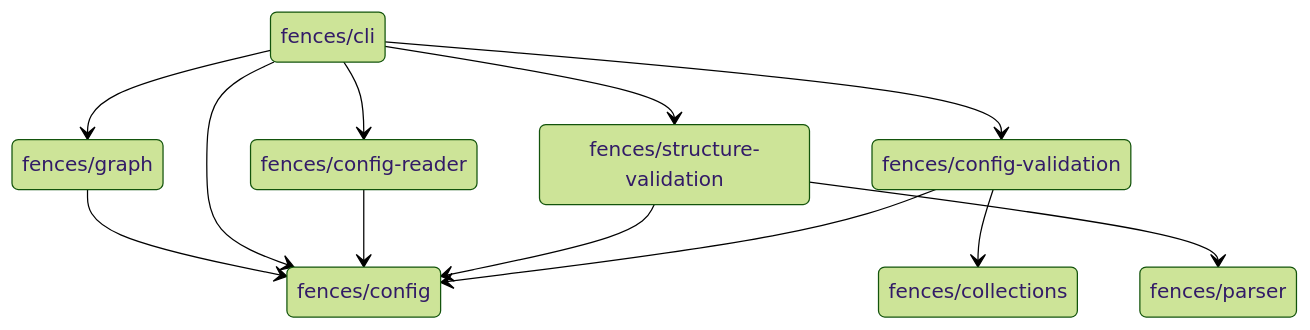
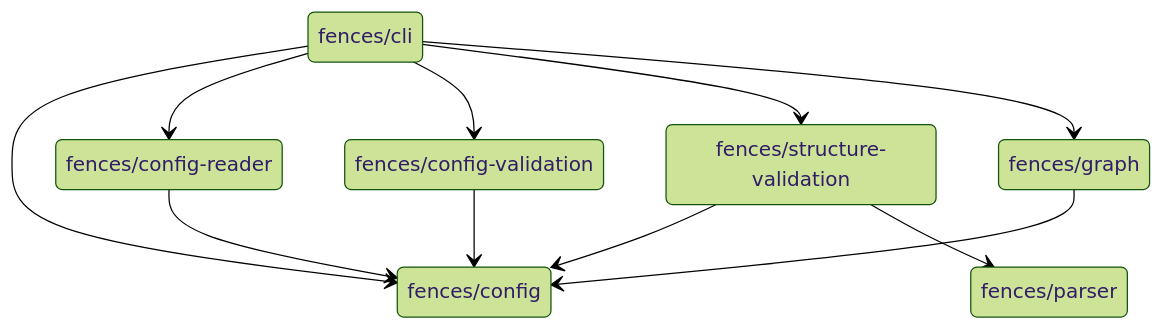
The diagram in README.md (ayakovlenko/fences), drawn with Mermaid (forest theme) before and after one commit. The commit also changed 4 other files, not shown here.

````diff
--- a/README.md
+++ b/README.md
@@ -23,23 +23,21 @@
 ```mermaid
 stateDiagram-v2
-    state "fences/collections" as s0
-    state "fences/config" as s1
-    state "fences/config-validation" as s2
-    state "fences/structure-validation" as s3
-    state "fences/parser" as s4
-    state "fences/config-reader" as s5
-    state "fences/cli" as s6
-    state "fences/graph" as s7
+    state "fences/config" as s0
+    state "fences/config-validation" as s1
+    state "fences/structure-validation" as s2
+    state "fences/parser" as s3
+    state "fences/config-reader" as s4
+    state "fences/cli" as s5
+    state "fences/graph" as s6
 
-    s2 --> s1
+    s1 --> s0
     s2 --> s0
-    s3 --> s1
-    s3 --> s4
+    s2 --> s3
+    s4 --> s0
+    s5 --> s0
+    s5 --> s4
     s5 --> s1
-    s6 --> s1
-    s6 --> s5
-    s6 --> s2
-    s6 --> s3
-    s6 --> s7
-    s7 --> s1
+    s5 --> s2
+    s5 --> s6
+    s6 --> s0
 ```
````
